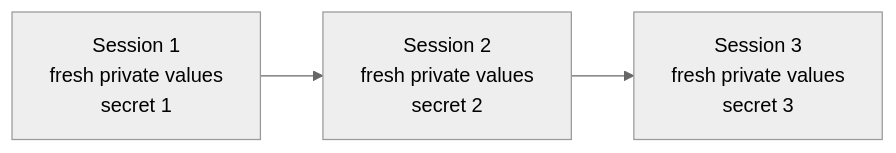
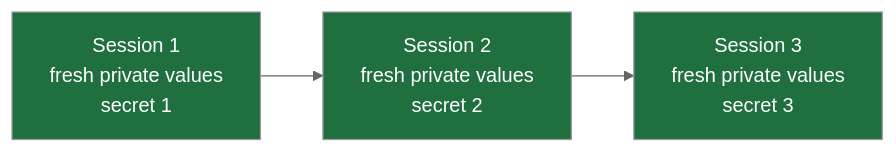
The third of 3 diagrams in Devops/04-Networking/12-Diffie-Hellman-Key-Exchange.md (Dummy-Bug/system-design-handbook), drawn with Mermaid (neutral theme) before and after one commit. The commit also changed other lines of this file and 53 other files, not shown here.

````diff
--- a/Devops/04-Networking/12-Diffie-Hellman-Key-Exchange.md
+++ b/Devops/04-Networking/12-Diffie-Hellman-Key-Exchange.md
@@ -109,5 +123,8 @@
 ```mermaid
 flowchart LR
     S1["Session 1<br/>fresh private values<br/>secret 1"] --> S2["Session 2<br/>fresh private values<br/>secret 2"]
     S2 --> S3["Session 3<br/>fresh private values<br/>secret 3"]
+    style S1 fill:#1f6f3f,color:#fff
+    style S2 fill:#1f6f3f,color:#fff
+    style S3 fill:#1f6f3f,color:#fff
 ```
````
